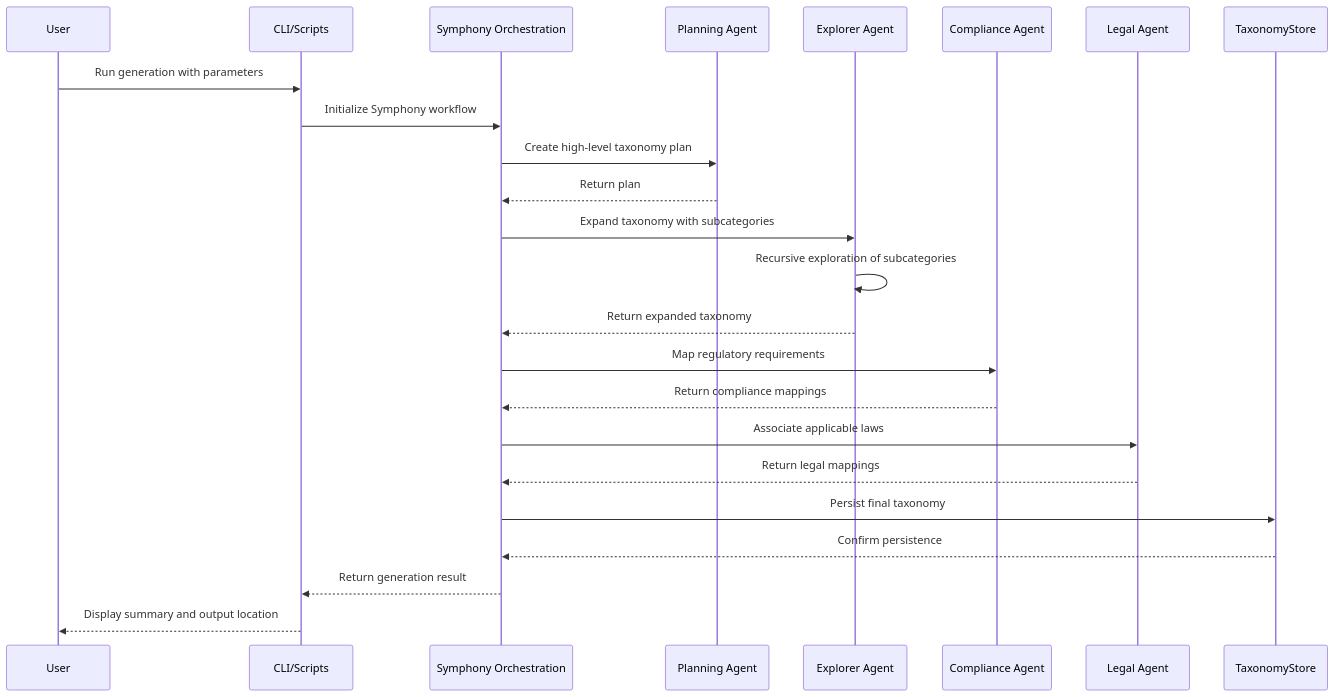
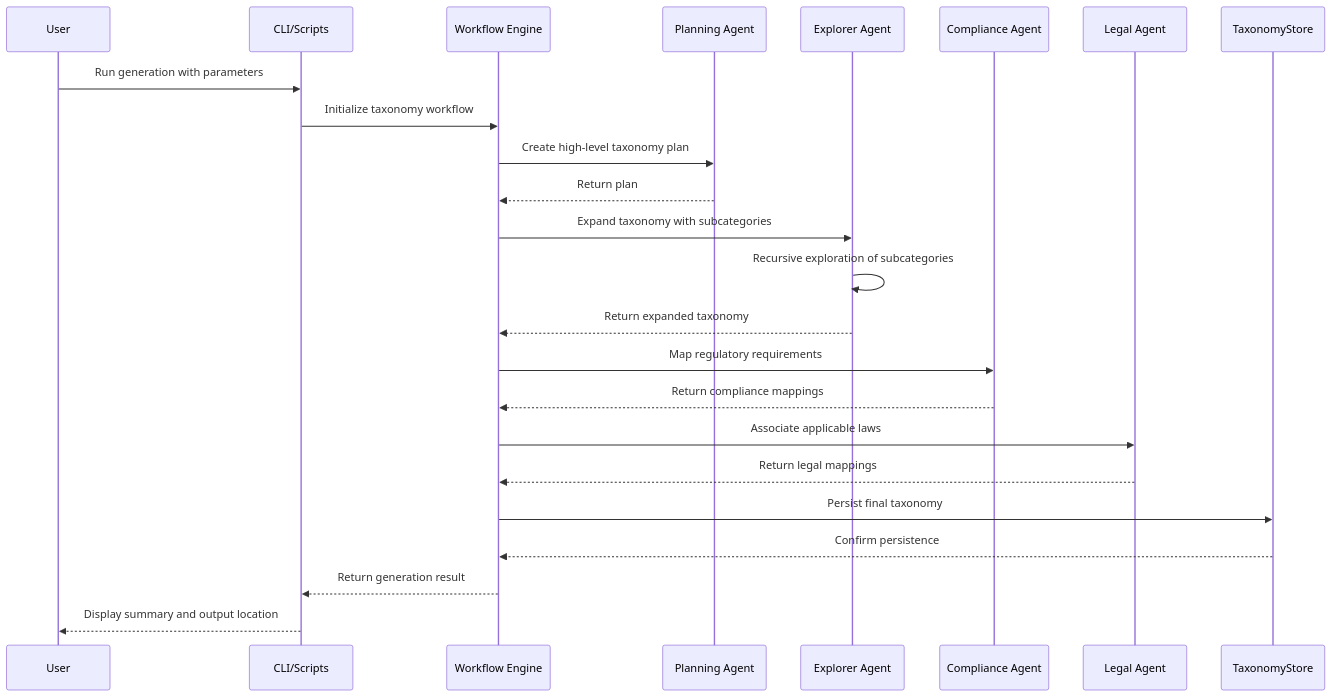
One commit to arunmenon/Symphony-Agent-Fwk changed the second of 7 diagrams in applications/taxonomy_planner/docs/architecture.md. Above: the diagram before and after it, drawn with Mermaid. The commit also changed other lines of this file and 1 other file, not shown here.

Commit message:
Update taxonomy planner documentation to improve clarity

````diff
--- a/applications/taxonomy_planner/docs/architecture.md
+++ b/applications/taxonomy_planner/docs/architecture.md
@@ -79,27 +79,27 @@
 ```mermaid
 sequenceDiagram
     participant User
     participant CLI as CLI/Scripts
-    participant Symphony as Symphony Orchestration
+    participant Workflow as Workflow Engine
     participant Planner as Planning Agent
     participant Explorer as Explorer Agent
     participant Compliance as Compliance Agent
     participant Legal as Legal Agent
     participant Store as TaxonomyStore
 
     User->>CLI: Run generation with parameters
-    CLI->>Symphony: Initialize Symphony workflow
-    Symphony->>Planner: Create high-level taxonomy plan
-    Planner-->>Symphony: Return plan
-    Symphony->>Explorer: Expand taxonomy with subcategories
+    CLI->>Workflow: Initialize taxonomy workflow
+    Workflow->>Planner: Create high-level taxonomy plan
+    Planner-->>Workflow: Return plan
+    Workflow->>Explorer: Expand taxonomy with subcategories
     Explorer->>Explorer: Recursive exploration of subcategories
-    Explorer-->>Symphony: Return expanded taxonomy
-    Symphony->>Compliance: Map regulatory requirements
-    Compliance-->>Symphony: Return compliance mappings
-    Symphony->>Legal: Associate applicable laws
-    Legal-->>Symphony: Return legal mappings
-    Symphony->>Store: Persist final taxonomy
-    Store-->>Symphony: Confirm persistence
-    Symphony-->>CLI: Return generation result
+    Explorer-->>Workflow: Return expanded taxonomy
+    Workflow->>Compliance: Map regulatory requirements
+    Compliance-->>Workflow: Return compliance mappings
+    Workflow->>Legal: Associate applicable laws
+    Legal-->>Workflow: Return legal mappings
+    Workflow->>Store: Persist final taxonomy
+    Store-->>Workflow: Confirm persistence
+    Workflow-->>CLI: Return generation result
     CLI-->>User: Display summary and output location
 ```
````
